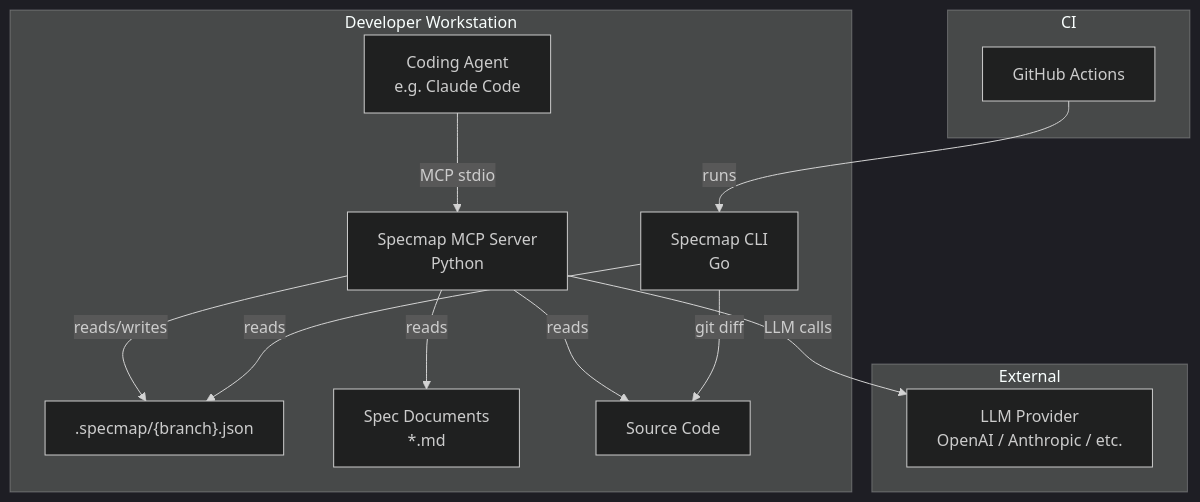
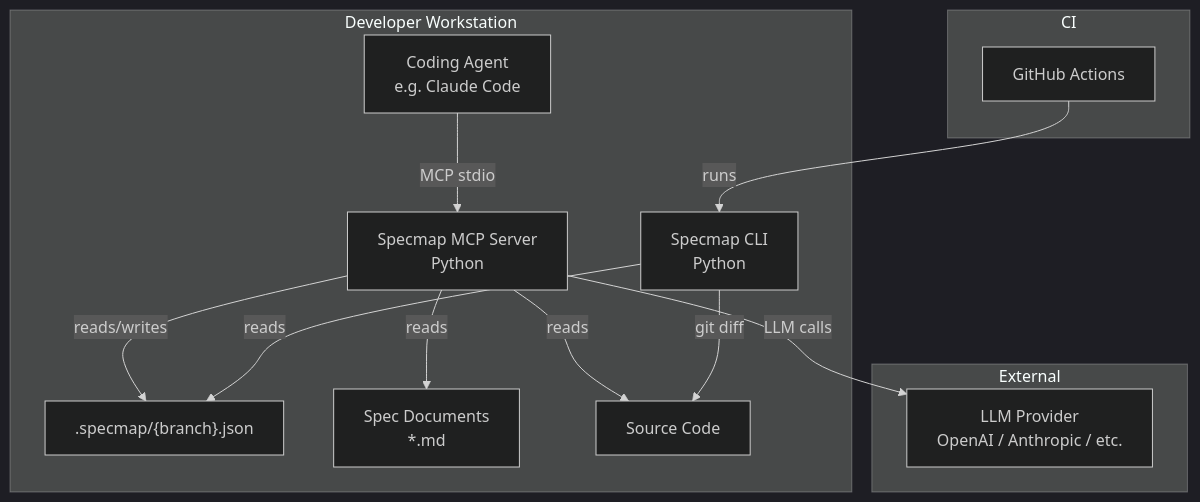
The first of 2 diagrams in docs/concepts/architecture.md (jdraines/specmap), drawn with Mermaid (dark theme) before and after one commit. The commit also changed other lines of this file and 52 other files, not shown here.

````diff
--- a/docs/concepts/architecture.md
+++ b/docs/concepts/architecture.md
@@ -5,28 +5,28 @@
 ```mermaid
 graph TB
     subgraph "Developer Workstation"
         Agent[Coding Agent<br/>e.g. Claude Code]
         MCP[Specmap MCP Server<br/>Python]
         SF[".specmap/{branch}.json"]
-        CLI[Specmap CLI<br/>Go]
+        CLI[Specmap CLI<br/>Python]
         Specs[Spec Documents<br/>*.md]
         Code[Source Code]
     end
 
     subgraph "External"
         LLM[LLM Provider<br/>OpenAI / Anthropic / etc.]
     end
 
     subgraph "CI"
         GH[GitHub Actions]
     end
 
     Agent -->|MCP stdio| MCP
     MCP -->|reads| Specs
     MCP -->|reads| Code
     MCP -->|LLM calls| LLM
     MCP -->|reads/writes| SF
     CLI -->|reads| SF
     CLI -->|git diff| Code
     GH -->|runs| CLI
 ```
````
